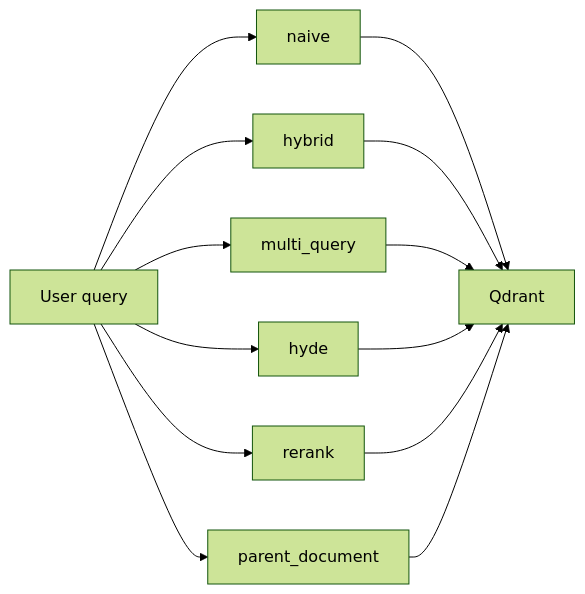
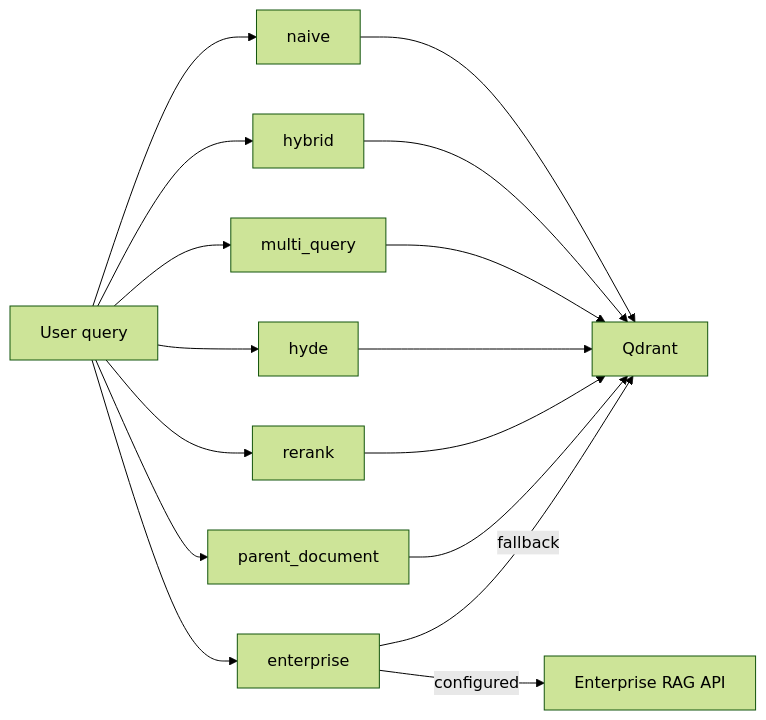
The second of 4 diagrams in docs/ARCHITECTURE.md (vpeetla-ai/venkat-ai-platform), drawn with Mermaid (forest theme) before and after one commit. The commit also changed other lines of this file, not shown here.

First paragraph of the commit message:
docs(architecture): add missing enterprise RAG strategy to diagram audit
Verification pass over docs/ARCHITECTURE.md's 4 mermaid diagrams + README's 5
mermaid diagrams against current source:

````diff
--- a/docs/ARCHITECTURE.md
+++ b/docs/ARCHITECTURE.md
@@ -77,10 +78,13 @@
 ```mermaid
 flowchart LR
     Q["User query"] --> N["naive"]
     Q --> H["hybrid"]
     Q --> M["multi_query"]
     Q --> HY["hyde"]
     Q --> RR["rerank"]
     Q --> PD["parent_document"]
+    Q --> ENT["enterprise"]
     N & H & M & HY & RR & PD --> QD["Qdrant"]
+    ENT -->|configured| ERAG["Enterprise RAG API"]
+    ENT -->|fallback| QD
 ```
````
